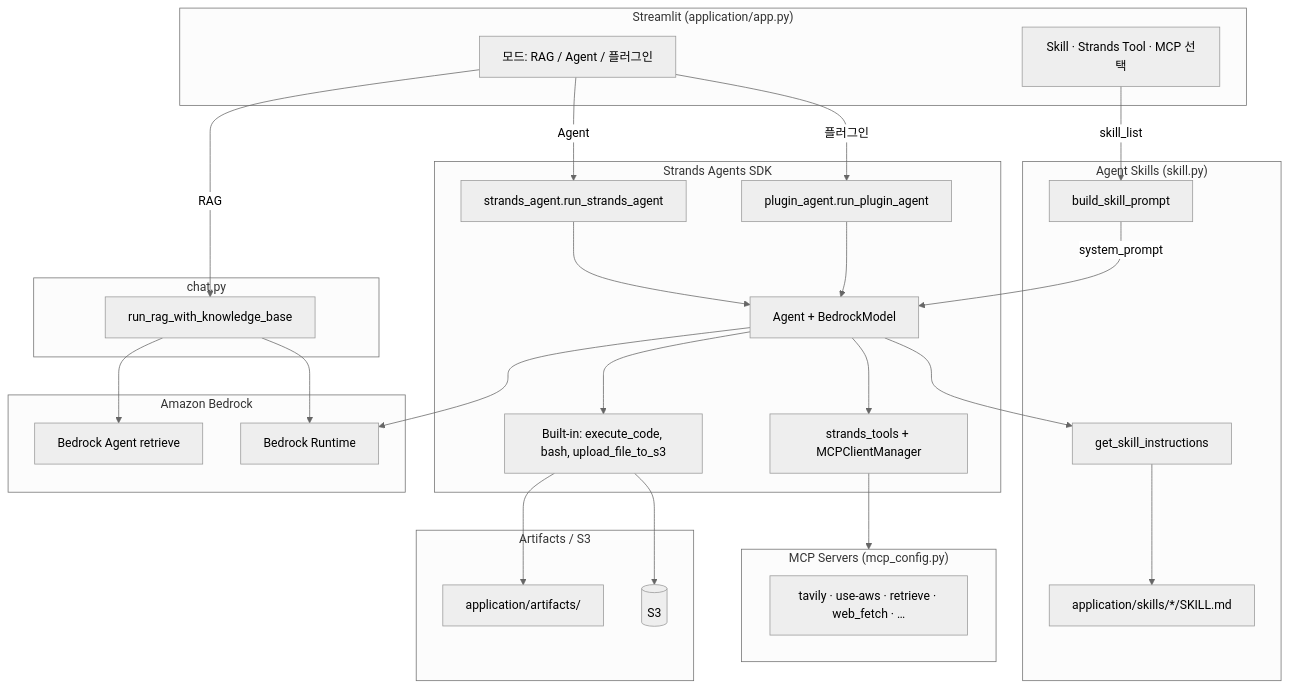
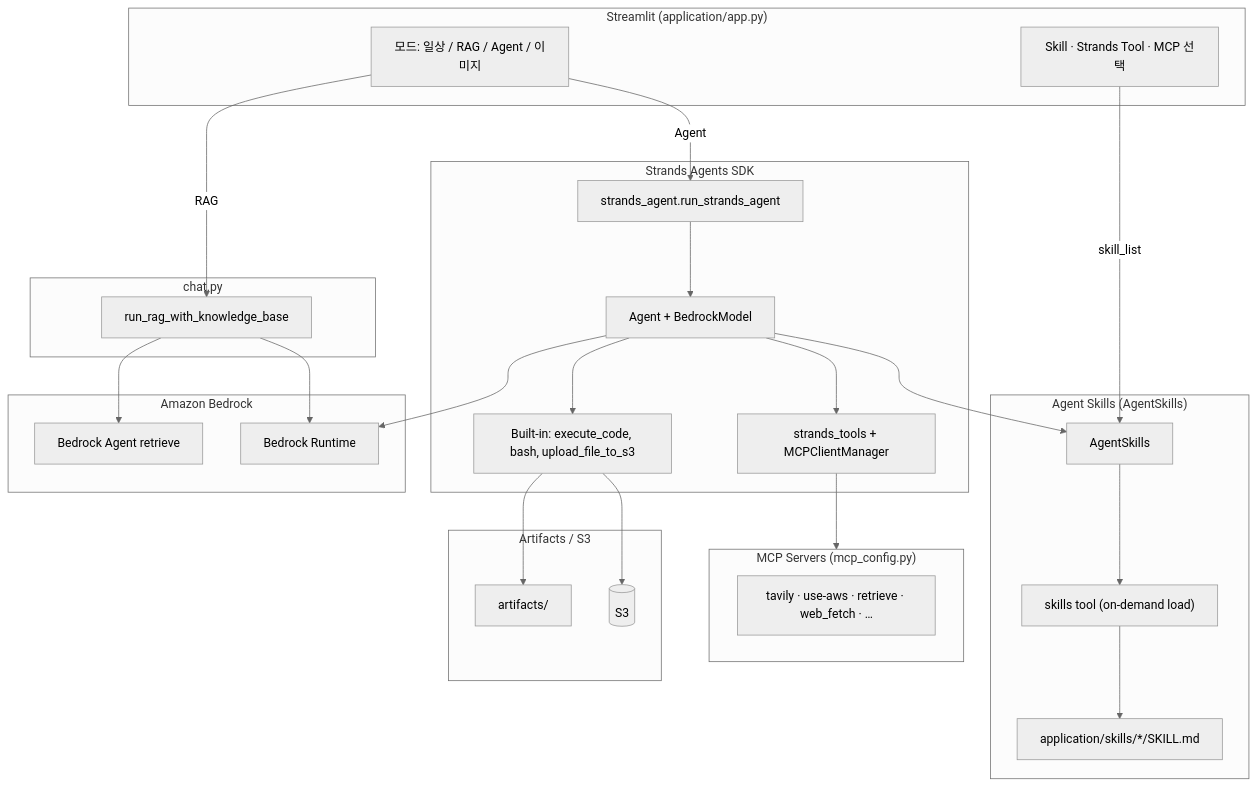
Before and after one commit to kyopark2014/strands-skills: the diagram in README.md, drawn with Mermaid (neutral theme). The commit also changed other lines of this file and 35 other files, not shown here.

Commit message:
use AgentSkills

````diff
--- a/README.md
+++ b/README.md
@@ -16,59 +16,56 @@
 ```mermaid
 flowchart TB
   subgraph UI["Streamlit (application/app.py)"]
-    MODE["모드: RAG / Agent / 플러그인"]
+    MODE["모드: 일상 / RAG / Agent / 이미지"]
     SKUI["Skill · Strands Tool · MCP 선택"]
   end
 
   subgraph LLM["Amazon Bedrock"]
     BR[Bedrock Runtime]
     KBR[Bedrock Agent retrieve]
   end
 
   subgraph RAG["chat.py"]
     RAGfn[run_rag_with_knowledge_base]
   end
 
-  subgraph Skills["Agent Skills (skill.py)"]
+  subgraph Skills["Agent Skills (AgentSkills)"]
     SRC["application/skills/*/SKILL.md"]
-    BSP[build_skill_prompt]
-    GSI[get_skill_instructions]
+    ASK[AgentSkills]
+    SKT["skills tool (on-demand load)"]
   end
 
   subgraph AgentStack["Strands Agents SDK"]
     RSA[strands_agent.run_strands_agent]
-    RPA[plugin_agent.run_plugin_agent]
     A[Agent + BedrockModel]
     BT["Built-in: execute_code, bash, upload_file_to_s3"]
     ST[strands_tools + MCPClientManager]
   end
 
   subgraph MCPServers["MCP Servers (mcp_config.py)"]
     MCP["tavily · use-aws · retrieve · web_fetch · …"]
   end
 
   subgraph Storage["Artifacts / S3"]
-    ART[application/artifacts/]
+    ART[artifacts/]
     S3[(S3)]
   end
 
   MODE -->|RAG| RAGfn
   MODE -->|Agent| RSA
-  MODE -->|플러그인| RPA
-  SKUI -->|skill_list| BSP
+  SKUI -->|skill_list| ASK
 
   RAGfn --> KBR
   RAGfn --> BR
 
   RSA --> A
-  RPA --> A
   A --> BR
   A --> BT
   A --> ST
-  A --> GSI
-  BSP -->|system_prompt| A
-  GSI --> SRC
+  A --> ASK
+  ASK --> SKT
+  SKT --> SRC
   ST --> MCPServers
   BT --> ART
   BT --> S3
 ```
````
